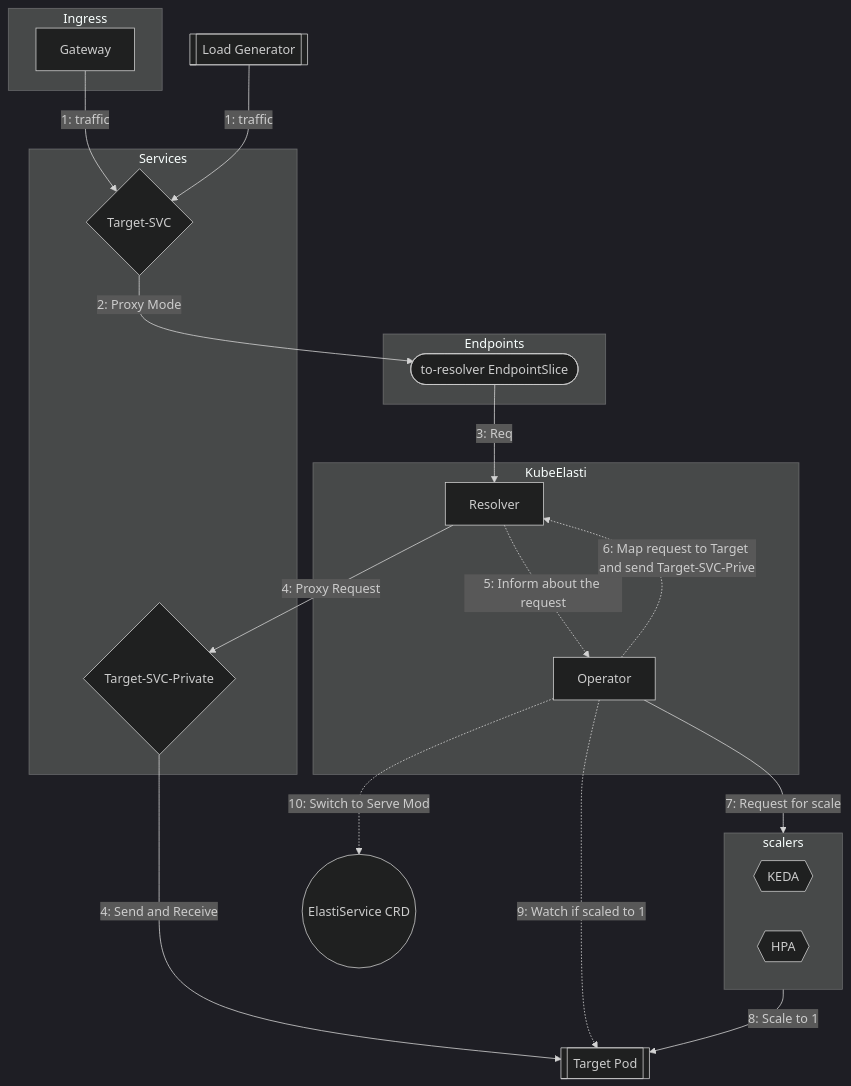
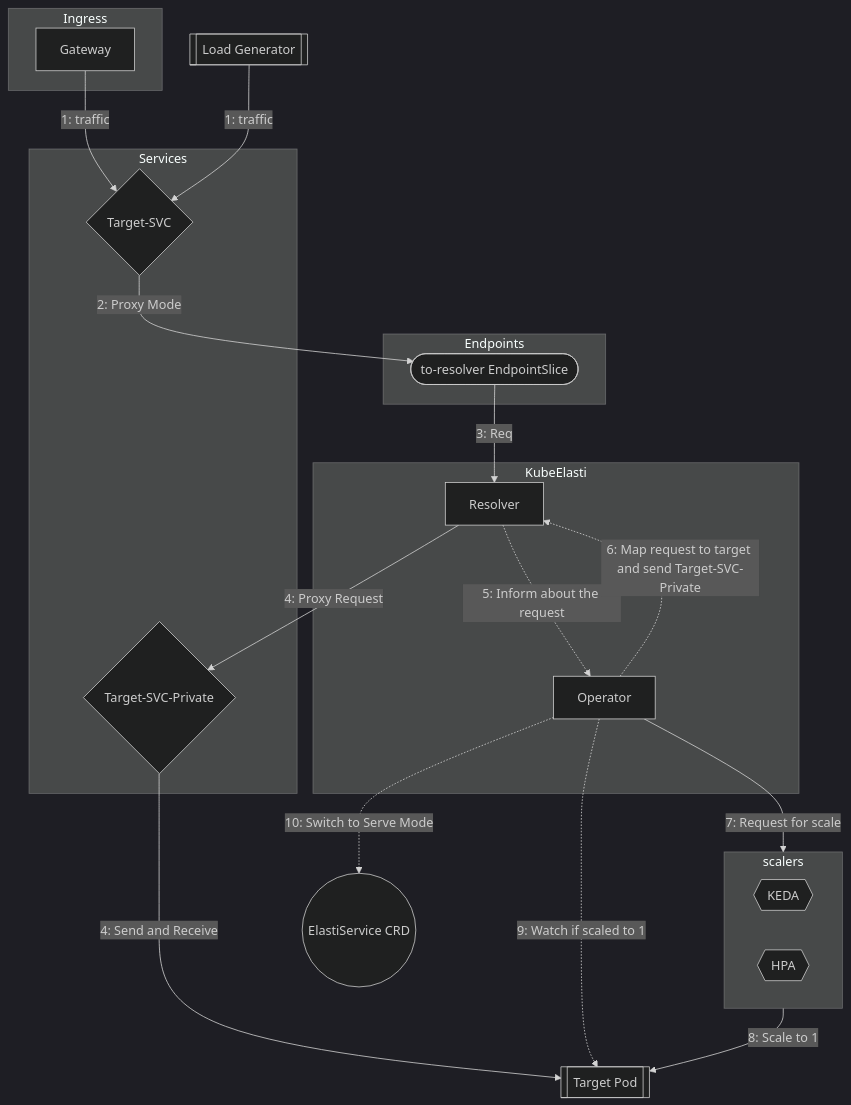
The second of 2 diagrams in docs/src/arch-architecture.md (truefoundry/elasti), drawn with Mermaid (dark theme) before and after one commit. The commit also changed other lines of this file and 1 other file, not shown here.

````diff
--- a/docs/src/arch-architecture.md
+++ b/docs/src/arch-architecture.md
@@ -63,49 +63,49 @@
 ```mermaid
 flowchart TB
 
   LoadGen[[Load Generator]]
   subgraph Ingress
     Gateway[Gateway]
   end
 
   subgraph CONTROL_PLANE ["KubeElasti"]
     Operator[Operator]
     Resolver[Resolver]
   end
 
   subgraph Services
     TargetSVC{Target-SVC}
     TargetSVC_PVT{Target-SVC-Private}
   end
 
   subgraph ENDPOINTS ["Endpoints"]
     ResEPS([to-resolver EndpointSlice])
   end
 
 
   subgraph scalers ["scalers"]
     Keda{{"KEDA"}}
     HPA{{"HPA"}}
   end
 
   Pod[[Target Pod]]
   ESCRD((ElastiService CRD))
 
   Gateway -->|1: traffic| TargetSVC
   LoadGen -->|1: traffic| TargetSVC
 
   TargetSVC -->|2: Proxy Mode| ResEPS 
 
   %% === Proxy Flow ===
   ResEPS -->|3: Req| Resolver
   Resolver -->|4: Proxy Request| TargetSVC_PVT 
   TargetSVC_PVT-->|4: Send and Receive| Pod
   Resolver -. "5: Inform about the request" .-> Operator
-  Operator -. "6: Map request to Target and send Target-SVC-Prive" .-> Resolver
+  Operator -. "6: Map request to target and send Target-SVC-Private" .-> Resolver
 
   %% === Operator & Control Logic ===
   Operator --> |7: Request for scale| scalers
   scalers --> |8: Scale to 1| Pod
   Operator -. "9: Watch if scaled to 1" .-> Pod
-  Operator -. "10: Switch to Serve Mod" .-> ESCRD
+  Operator -. "10: Switch to Serve Mode" .-> ESCRD
 ```
````
